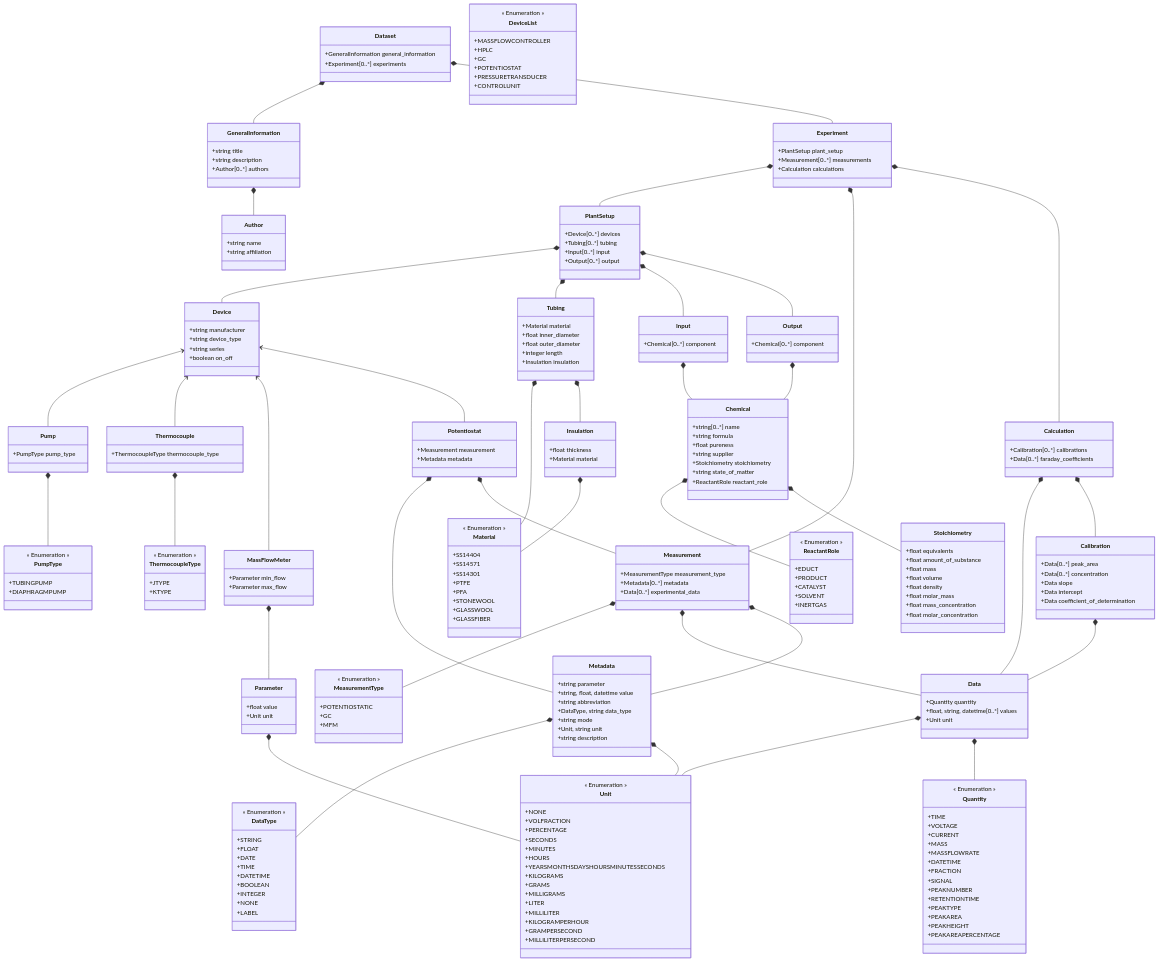
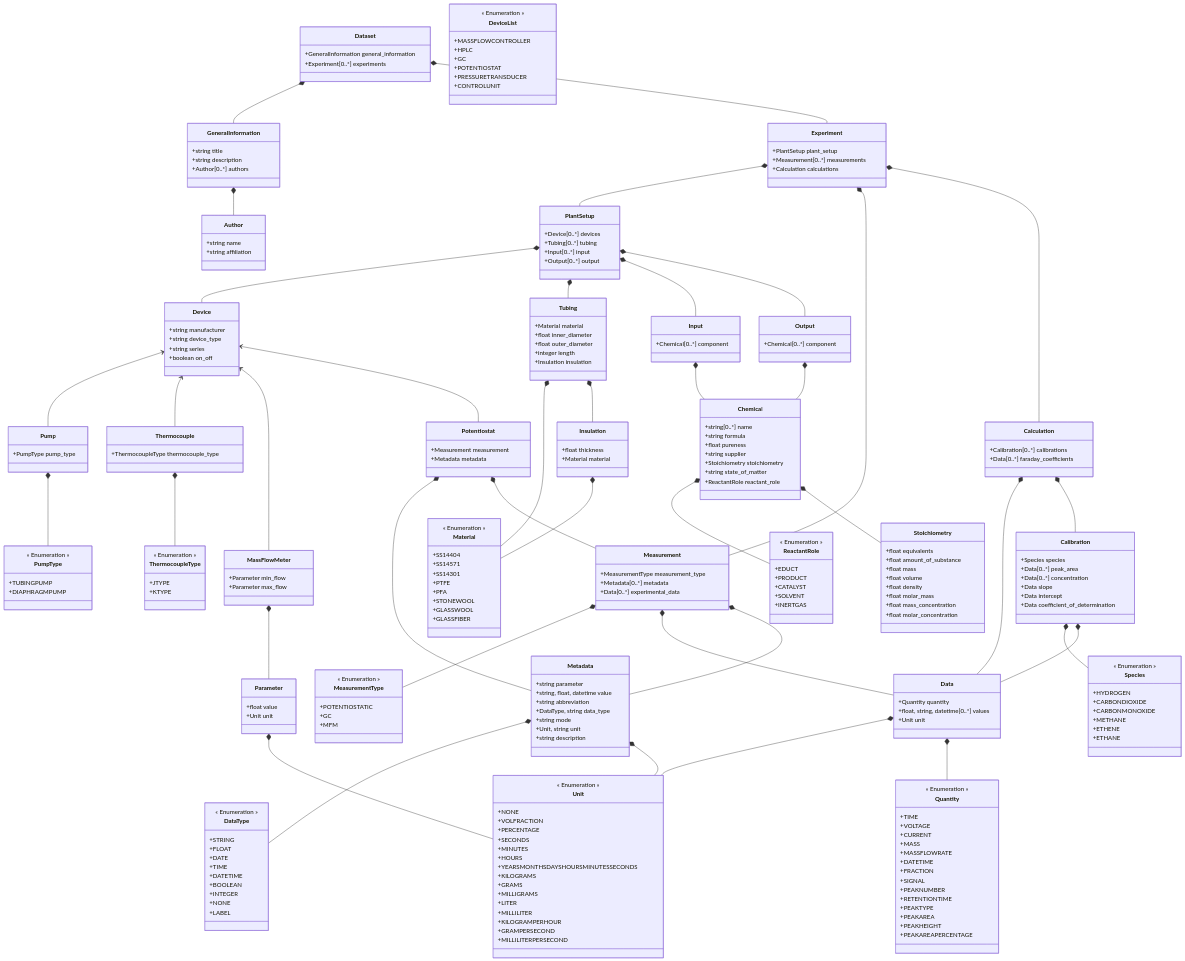
Before and after one commit to FAIRChemistry/FAIRFlow: the diagram in datamodel_b07_tc/schemes/datamodel_b07_tc_schema.md, drawn with Mermaid. The commit also changed 81 other files, not shown here.

````diff
--- a/datamodel_b07_tc/schemes/datamodel_b07_tc_schema.md
+++ b/datamodel_b07_tc/schemes/datamodel_b07_tc_schema.md
@@ -36,6 +36,7 @@
     Measurement *-- Metadata
     Calculation *-- Data
     Calculation *-- Calibration
+    Calibration *-- Species
     Calibration *-- Data
     
     class Dataset {
@@ -167,6 +168,7 @@
     }
     
     class Calibration {
+        +Species species
         +Data[0..*] peak_area
         +Data[0..*] concentration
         +Data slope
@@ -274,4 +276,14 @@
         +MFM
     }
     
+    class Species {
+        << Enumeration >>
+        +HYDROGEN
+        +CARBONDIOXIDE
+        +CARBONMONOXIDE
+        +METHANE
+        +ETHENE
+        +ETHANE
+    }
+    
 ```
````
